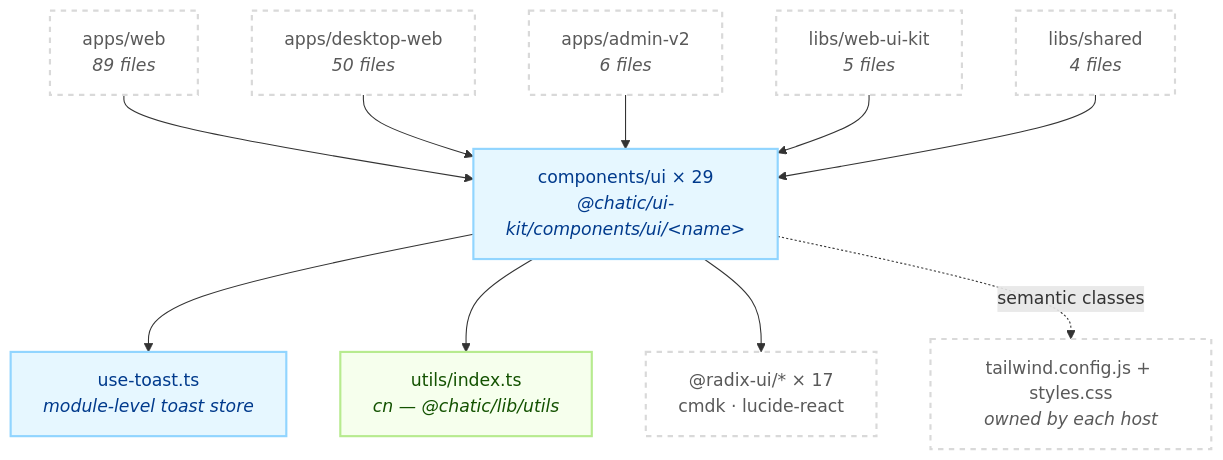
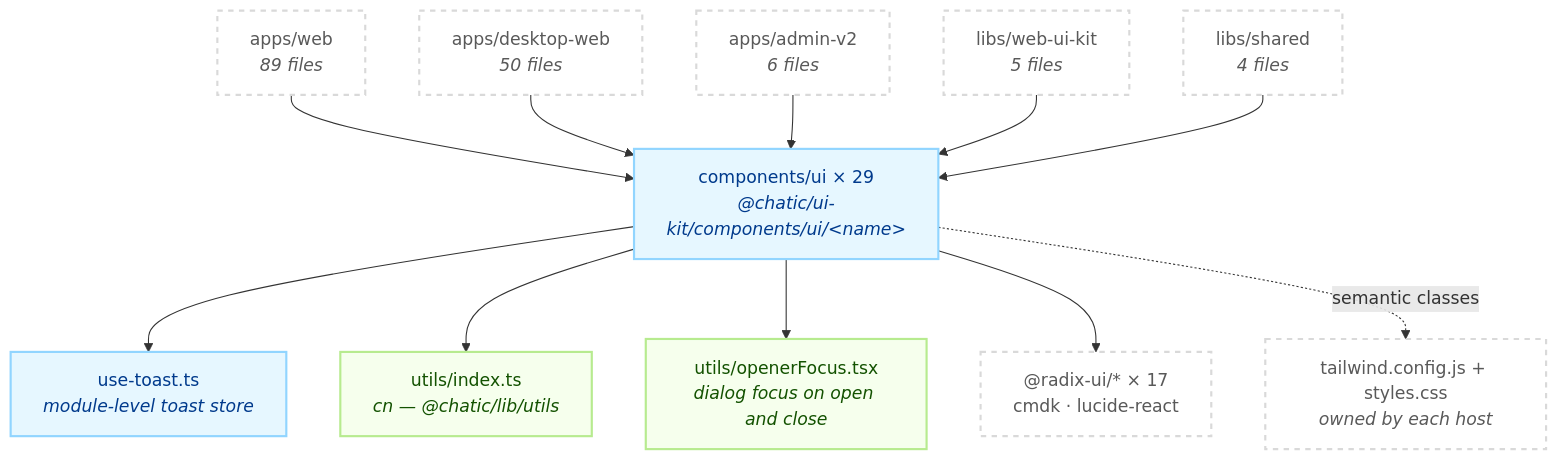
Before and after one commit to lemoncloud-io/dou-app: the diagram in libs/ui-kit/README.md, drawn with Mermaid. The commit also changed other lines of this file and 17 other files, not shown here.

First line of the commit message:
fix(ui-kit,desktop-web): return focus on close; one key, one layer

````diff
--- a/libs/ui-kit/README.md
+++ b/libs/ui-kit/README.md
@@ -98,29 +98,31 @@
 ```mermaid
 flowchart TD
     classDef ui fill:#e6f7ff,stroke:#91d5ff,stroke-width:2px,color:#003a8c;
     classDef util fill:#f6ffed,stroke:#b7eb8f,stroke-width:2px,color:#135200;
     classDef ext fill:#ffffff,stroke:#d9d9d9,stroke-width:2px,color:#595959,stroke-dasharray: 5 5;
 
     W["apps/web<br/><i>89 files</i>"]:::ext
     D["apps/desktop-web<br/><i>50 files</i>"]:::ext
     A["apps/admin-v2<br/><i>6 files</i>"]:::ext
     K["libs/web-ui-kit<br/><i>5 files</i>"]:::ext
     S["libs/shared<br/><i>4 files</i>"]:::ext
 
     C["components/ui × 29<br/><i>@chatic/ui-kit/components/ui/&lt;name&gt;</i>"]:::ui
     T["use-toast.ts<br/><i>module-level toast store</i>"]:::ui
     U["utils/index.ts<br/><i>cn — @chatic/lib/utils</i>"]:::util
+    F["utils/openerFocus.tsx<br/><i>dialog focus on open and close</i>"]:::util
 
     R["@radix-ui/* × 17<br/>cmdk · lucide-react"]:::ext
     TW["tailwind.config.js + styles.css<br/><i>owned by each host</i>"]:::ext
 
     W --> C
     D --> C
     A --> C
     K --> C
     S --> C
     C --> T
     C --> U
+    C --> F
     C --> R
     C -.->|"semantic classes"| TW
 ```
````
